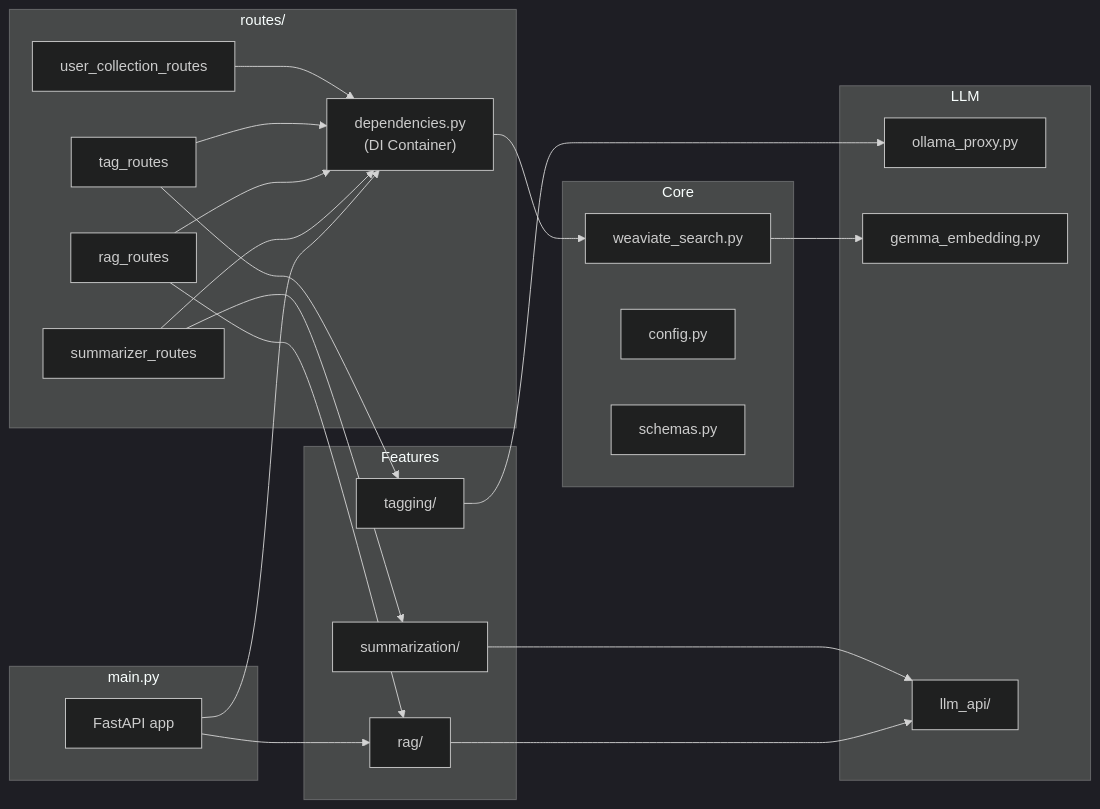
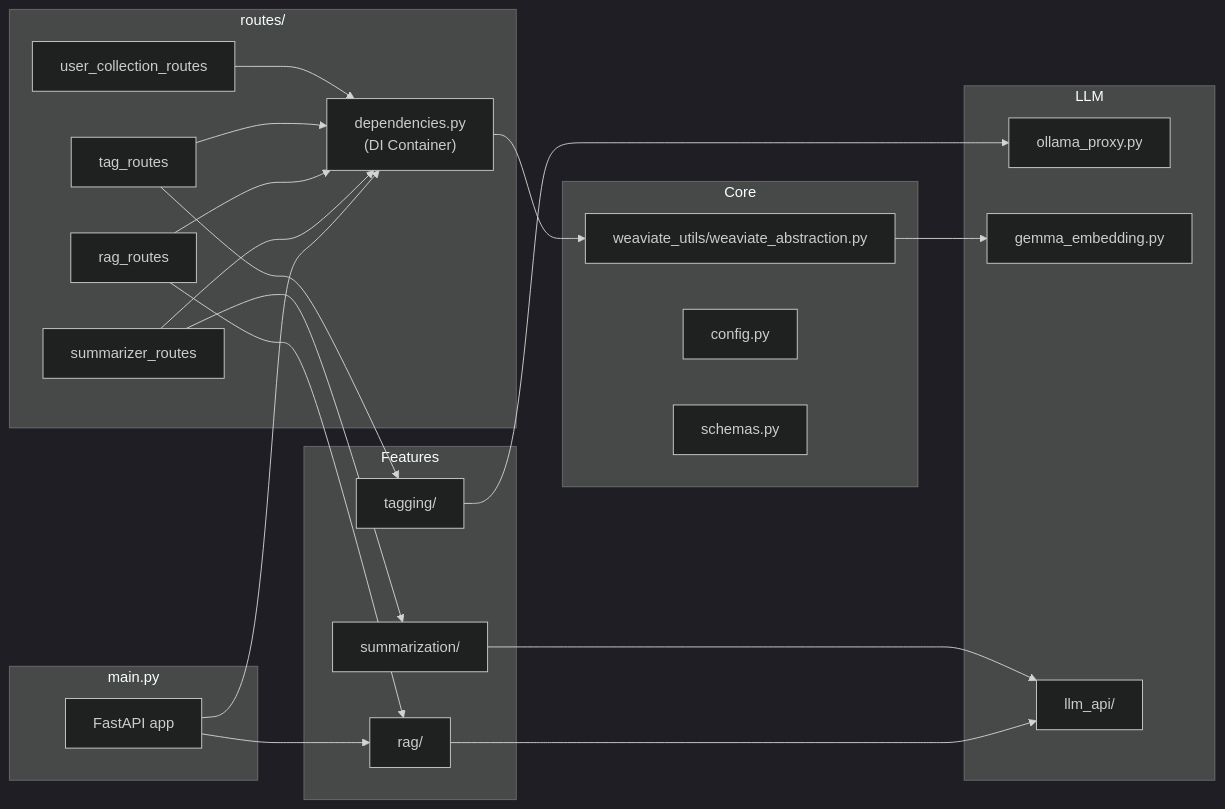
One commit to DCGM/semant-demo changed the second of 6 diagrams in docs/ARCHITECTURE.md. Above: the diagram before and after it, drawn with Mermaid (dark theme). The commit also changed other lines of this file and 2 other files, not shown here.

Commit message:
Enhance Weaviate backend: add missing API methods for document and user collections, update architecture references, and refine database schema

````diff
--- a/docs/ARCHITECTURE.md
+++ b/docs/ARCHITECTURE.md
@@ -54,43 +54,43 @@
 ```mermaid
 flowchart LR
     subgraph main.py
         APP[FastAPI app]
     end
 
     subgraph routes/
         DI["dependencies.py<br/>(DI Container)"]
         SUM_R[summarizer_routes]
         RAG_R[rag_routes]
         TAG_R[tag_routes]
         COL_R[user_collection_routes]
     end
 
     subgraph Core
-        WS[weaviate_search.py]
+        WS[weaviate_utils/weaviate_abstraction.py]
         CFG[config.py]
         SCH[schemas.py]
     end
 
     subgraph LLM
         OLLP[ollama_proxy.py]
         GEMMA[gemma_embedding.py]
         LLM_API[llm_api/]
     end
 
     subgraph Features
         RAG_F[rag/]
         SUM[summarization/]
         TAG_F[tagging/]
     end
 
     APP --> DI & RAG_F
     SUM_R & RAG_R & TAG_R & COL_R --> DI
     DI --> WS
     RAG_R --> RAG_F
     SUM_R --> SUM
     TAG_R --> TAG_F
     WS --> GEMMA
     RAG_F --> LLM_API
     SUM --> LLM_API
     TAG_F --> OLLP
 ```
````
